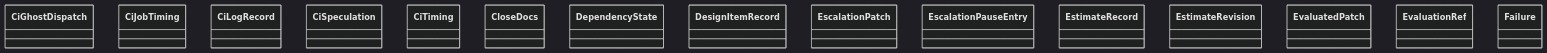
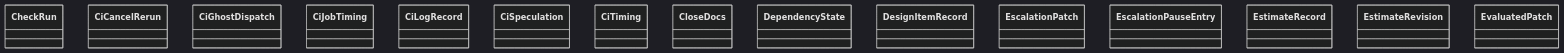
Before and after one commit to GonzaloZevallos/agentic-system: the diagram in docs/architecture/generated/classes-process-domain-state-4.md, drawn with Mermaid (dark theme). The commit also changed other lines of this file and 26 other files, not shown here.

````diff
--- a/docs/architecture/generated/classes-process-domain-state-4.md
+++ b/docs/architecture/generated/classes-process-domain-state-4.md
@@ -28,18 +28,18 @@
 ```mermaid
 classDiagram
+    class task__CheckRun["CheckRun"]
+    class task__CiCancelRerun["CiCancelRerun"]
     class task__CiGhostDispatch["CiGhostDispatch"]
     class task__CiJobTiming["CiJobTiming"]
     class task__CiLogRecord["CiLogRecord"]
     class task__CiSpeculation["CiSpeculation"]
     class task__CiTiming["CiTiming"]
     class task__CloseDocs["CloseDocs"]
     class task__DependencyState["DependencyState"]
     class task__DesignItemRecord["DesignItemRecord"]
     class task__EscalationPatch["EscalationPatch"]
     class task__EscalationPauseEntry["EscalationPauseEntry"]
     class task__EstimateRecord["EstimateRecord"]
     class task__EstimateRevision["EstimateRevision"]
     class task__EvaluatedPatch["EvaluatedPatch"]
-    class task__EvaluationRef["EvaluationRef"]
-    class task__Failure["Failure"]
 ```
````
